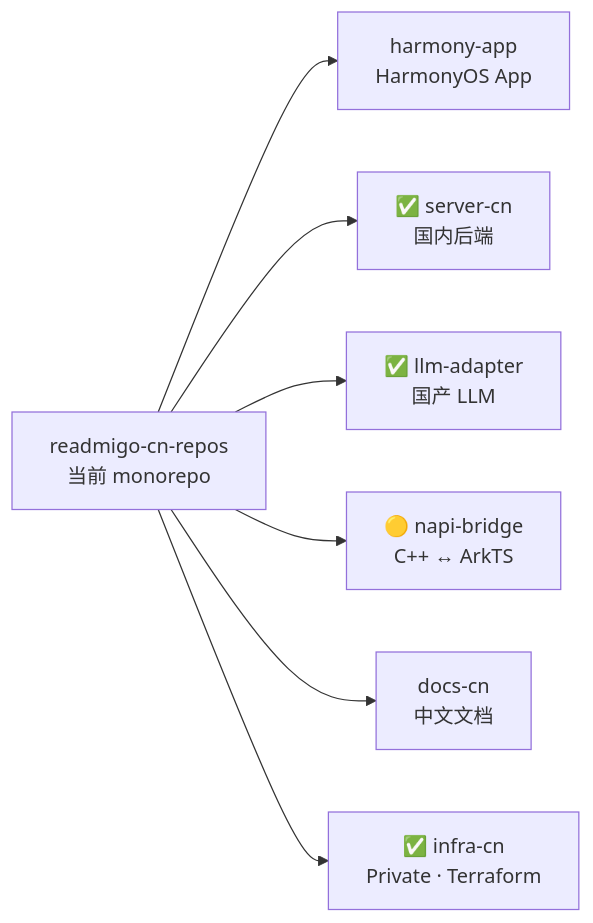
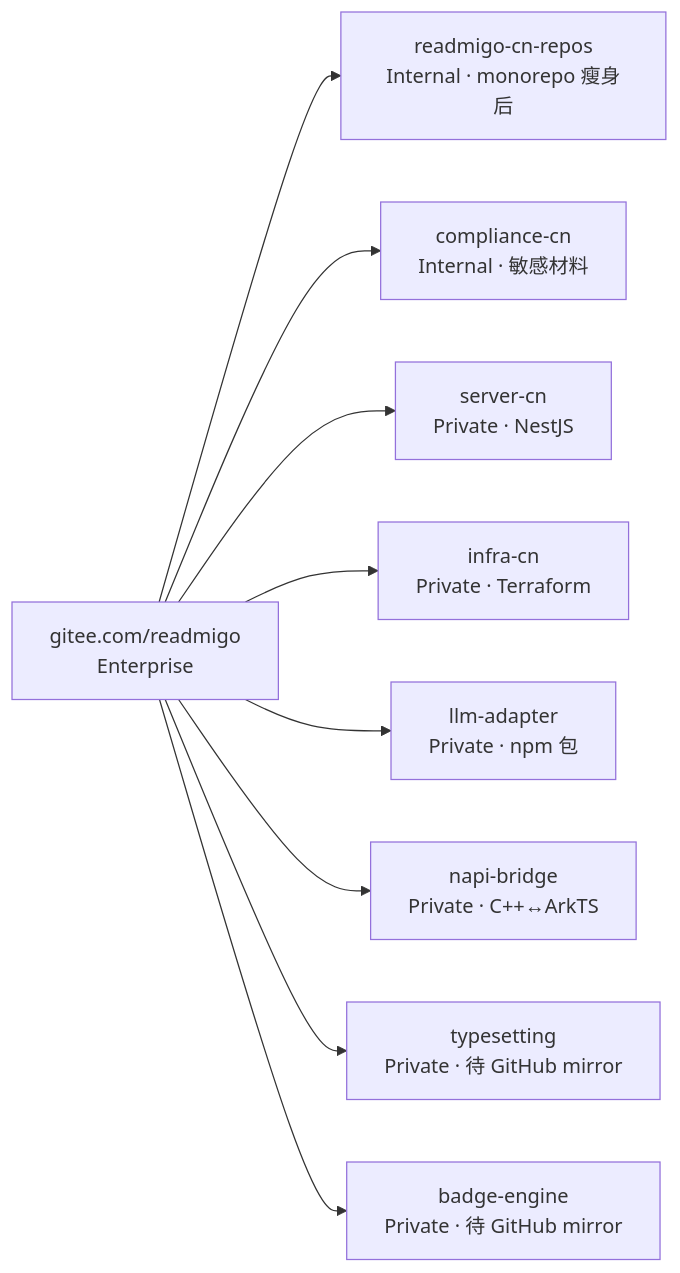
Before and after one commit to readmigo-cn/readmigo-cn-repos: the second of 2 diagrams in docs/40-gitee-repo-structure.md, drawn with Mermaid. The commit also changed other lines of this file and 6 other files, not shown here.

````diff
--- a/docs/40-gitee-repo-structure.md
+++ b/docs/40-gitee-repo-structure.md
@@ -47,9 +41,11 @@
 ```mermaid
 graph LR
-  Mono["readmigo-cn-repos<br/>当前 monorepo"] --> Harmony["harmony-app<br/>HarmonyOS App"]
-  Mono --> Server["✅ server-cn<br/>国内后端"]
-  Mono --> LLM["✅ llm-adapter<br/>国产 LLM"]
-  Mono --> Bridge["🟡 napi-bridge<br/>C++ ↔ ArkTS"]
-  Mono --> Docs["docs-cn<br/>中文文档"]
-  Mono --> Infra["✅ infra-cn<br/>Private · Terraform"]
+  Ent["gitee.com/readmigo<br/>Enterprise"] --> Mono["readmigo-cn-repos<br/>Internal · monorepo 瘦身后"]
+  Ent --> Comp["compliance-cn<br/>Internal · 敏感材料"]
+  Ent --> Server["server-cn<br/>Private · NestJS"]
+  Ent --> Infra["infra-cn<br/>Private · Terraform"]
+  Ent --> LLM["llm-adapter<br/>Private · npm 包"]
+  Ent --> Napi["napi-bridge<br/>Private · C++↔ArkTS"]
+  Ent --> TS["typesetting<br/>Private · 待 GitHub mirror"]
+  Ent --> BE["badge-engine<br/>Private · 待 GitHub mirror"]
 ```
````
